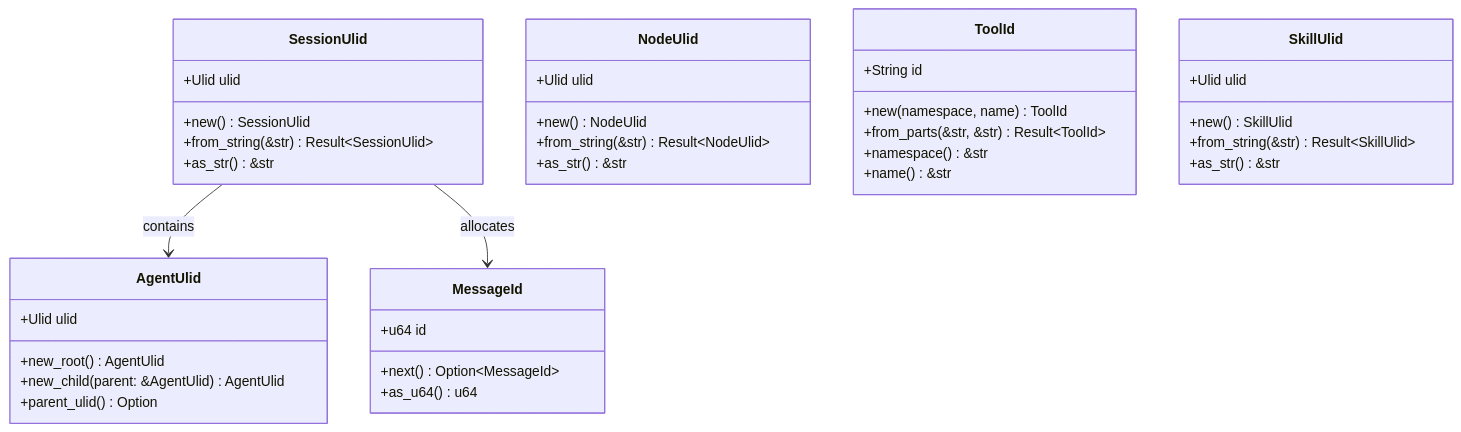
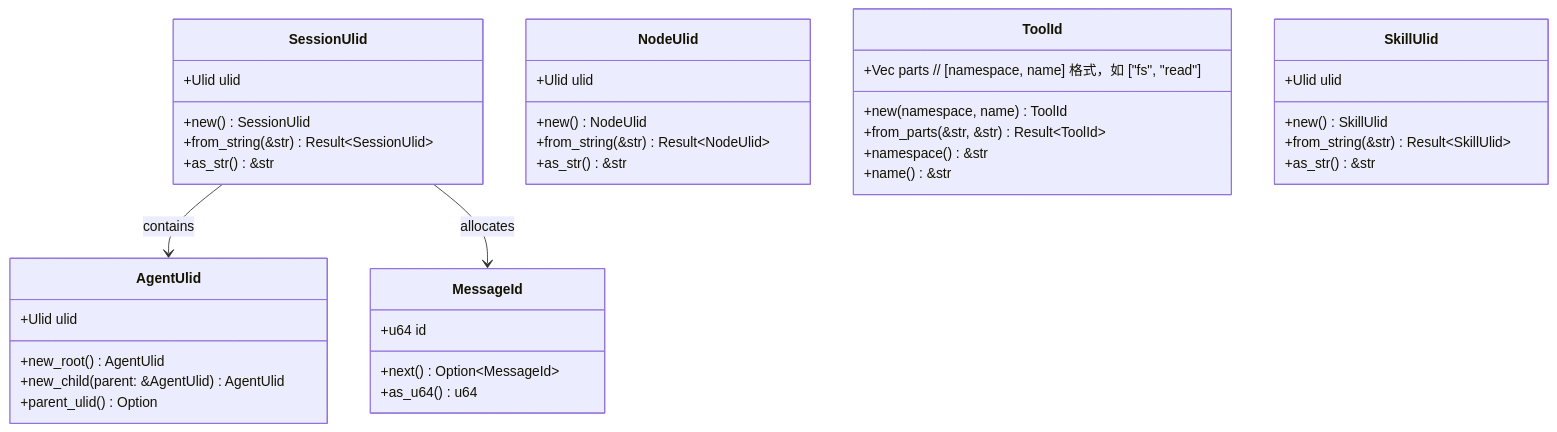
Before and after one commit to MiyakoMeow/neoco: the first of 5 diagrams in progress/TECH-SESSION.md, drawn with Mermaid. The commit also changed other lines of this file and 6 other files, not shown here.

````diff
--- a/progress/TECH-SESSION.md
+++ b/progress/TECH-SESSION.md
@@ -16,47 +16,47 @@
 ```mermaid
 classDiagram
     class SessionUlid {
         +Ulid ulid
         +new() SessionUlid
         +from_string(&str) Result~SessionUlid~
         +as_str() &str
     }
     
     class AgentUlid {
         +Ulid ulid
         +new_root() AgentUlid
         +new_child(parent: &AgentUlid) AgentUlid
         +parent_ulid() Option<Ulid>
     }
     
     class MessageId {
         +u64 id
         +next() Option~MessageId~
         +as_u64() u64
     }
     
     class NodeUlid {
         +Ulid ulid
         +new() NodeUlid
         +from_string(&str) Result~NodeUlid~
         +as_str() &str
     }
     
     class ToolId {
-        +String id
+        +Vec<String> parts  // [namespace, name] 格式，如 ["fs", "read"]
         +new(namespace, name) ToolId
         +from_parts(&str, &str) Result~ToolId~
         +namespace() &str
         +name() &str
     }
     
     class SkillUlid {
         +Ulid ulid
         +new() SkillUlid
         +from_string(&str) Result~SkillUlid~
         +as_str() &str
     }
     
     SessionUlid --> AgentUlid : contains
     SessionUlid --> MessageId : allocates
 ```
````
